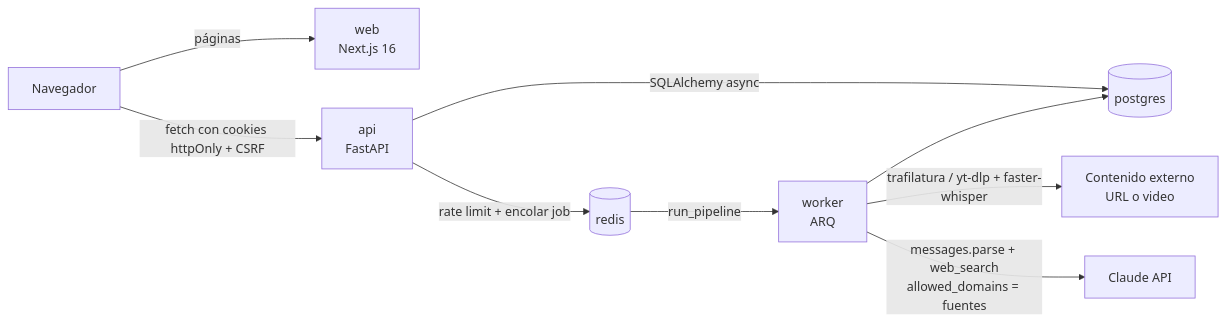
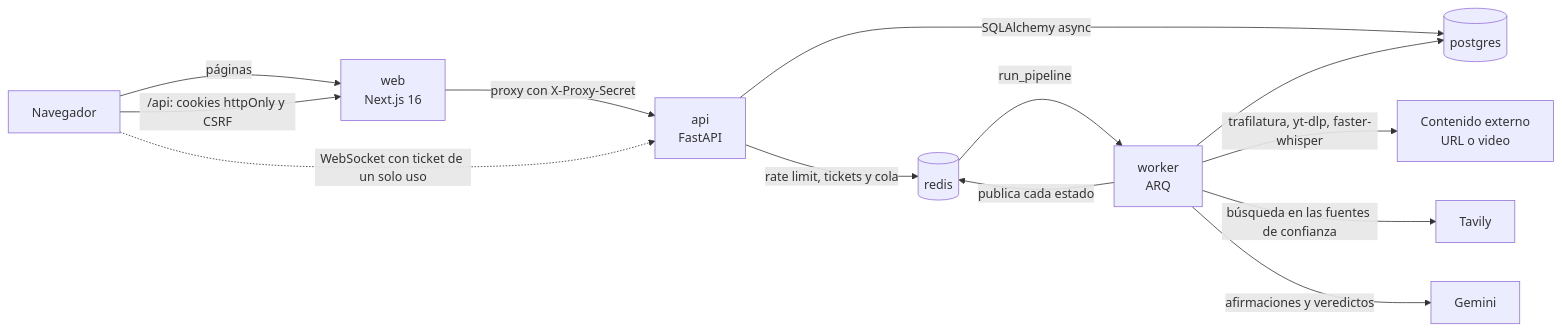
The diagram in README.md (SantiagoTyrsArv/FAKESNEWS), drawn with Mermaid before and after one commit. The commit also changed other lines of this file, not shown here.

First line of the commit message:
docs: README al día con el estado actual del proyecto

````diff
--- a/README.md
+++ b/README.md
@@ -43,11 +36,15 @@
 ```mermaid
 flowchart LR
     U[Navegador] -->|páginas| W[web<br/>Next.js 16]
-    U -->|fetch con cookies httpOnly + CSRF| A[api<br/>FastAPI]
+    U -->|/api: cookies httpOnly y CSRF| W
+    W -->|proxy con X-Proxy-Secret| A[api<br/>FastAPI]
+    U -.->|WebSocket con ticket de un solo uso| A
     A -->|SQLAlchemy async| P[(postgres)]
-    A -->|rate limit + encolar job| R[(redis)]
+    A -->|rate limit, tickets y cola| R[(redis)]
     R -->|run_pipeline| K[worker<br/>ARQ]
     K --> P
-    K -->|trafilatura / yt-dlp + faster-whisper| I[Contenido externo<br/>URL o video]
-    K -->|messages.parse + web_search<br/>allowed_domains = fuentes| C[Claude API]
+    K -->|publica cada estado| R
+    K -->|trafilatura, yt-dlp, faster-whisper| I[Contenido externo<br/>URL o video]
+    K -->|búsqueda en las fuentes de confianza| T[Tavily]
+    K -->|afirmaciones y veredictos| G[Gemini]
 ```
````
